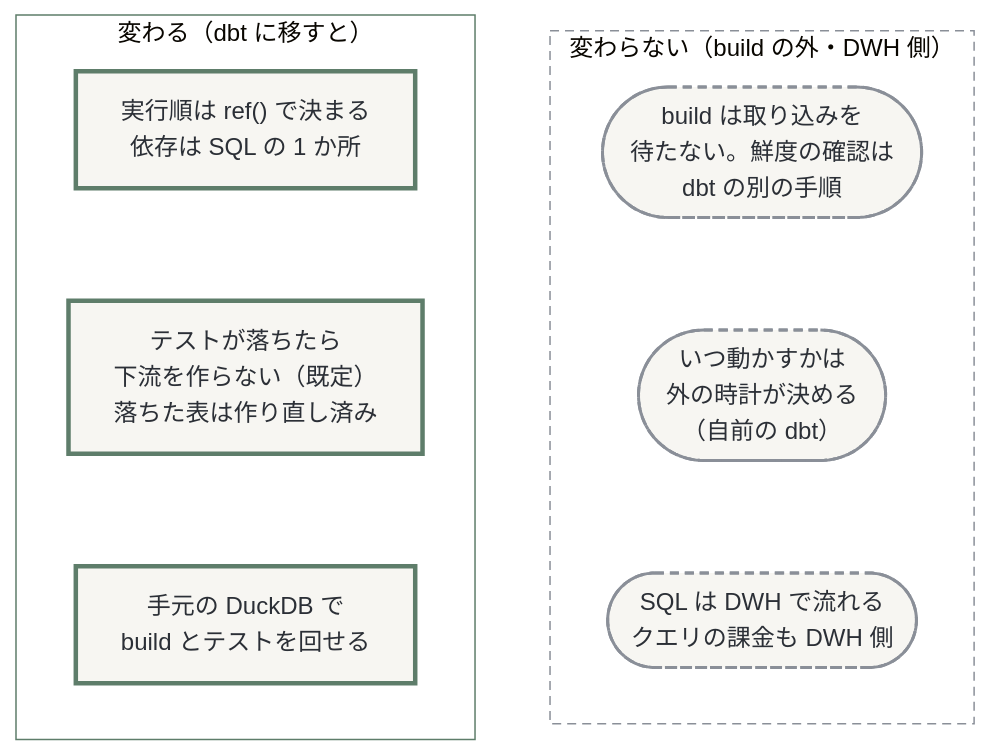
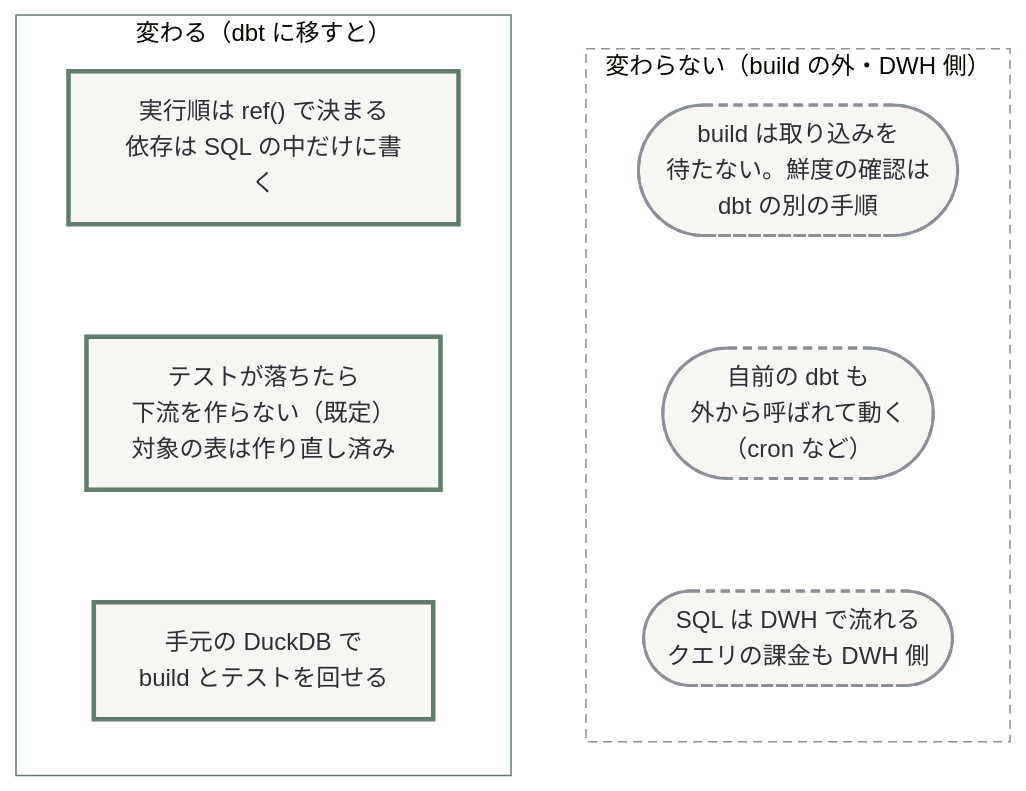
Before and after one commit to e8dev-note/zenn-content: the first of 6 diagrams in articles/dbt-ep0-intro.md, drawn with Mermaid (base theme). The commit also changed other lines of this file and 1 other file, not shown here.

Commit message:
dbt-ep0-intro: introduce the company with an overview image

````diff
--- a/articles/dbt-ep0-intro.md
+++ b/articles/dbt-ep0-intro.md
@@ -48,22 +61,22 @@
 ```mermaid
 flowchart LR
   subgraph change["変わる（dbt に移すと）"]
     direction TB
-    run_order["実行順は ref() で決まる<br/>依存は SQL の 1 か所"]:::proc
-    test_stops["テストが落ちたら<br/>下流を作らない（既定）<br/>落ちた表は作り直し済み"]:::proc
+    run_order["実行順は ref() で決まる<br/>依存は SQL の中だけに書く"]:::proc
+    test_stops["テストが落ちたら<br/>下流を作らない（既定）<br/>対象の表は作り直し済み"]:::proc
     local_check["手元の DuckDB で<br/>build とテストを回せる"]:::proc
     run_order ~~~ test_stops ~~~ local_check
   end
   subgraph keep["変わらない（build の外・DWH 側）"]
     direction TB
     ingest_wait(["build は取り込みを<br/>待たない。鮮度の確認は<br/>dbt の別の手順"]):::keep
-    schedule_out(["いつ動かすかは<br/>外の時計が決める<br/>（自前の dbt）"]):::keep
+    schedule_out(["自前の dbt も<br/>外から呼ばれて動く<br/>（cron など）"]):::keep
     dwh_run(["SQL は DWH で流れる<br/>クエリの課金も DWH 側"]):::keep
     ingest_wait ~~~ schedule_out ~~~ dwh_run
   end
   change ~~~ keep
   classDef proc fill:#F7F6F2,stroke:#5E7D6A,stroke-width:3px,color:#2B2F36
   classDef keep fill:#F7F6F2,stroke:#8A8F98,stroke-width:2px,stroke-dasharray:6 4,color:#2B2F36
   style change fill:none,stroke:#5E7D6A
   style keep fill:none,stroke:#8A8F98,stroke-dasharray:6 4
 ```
````
